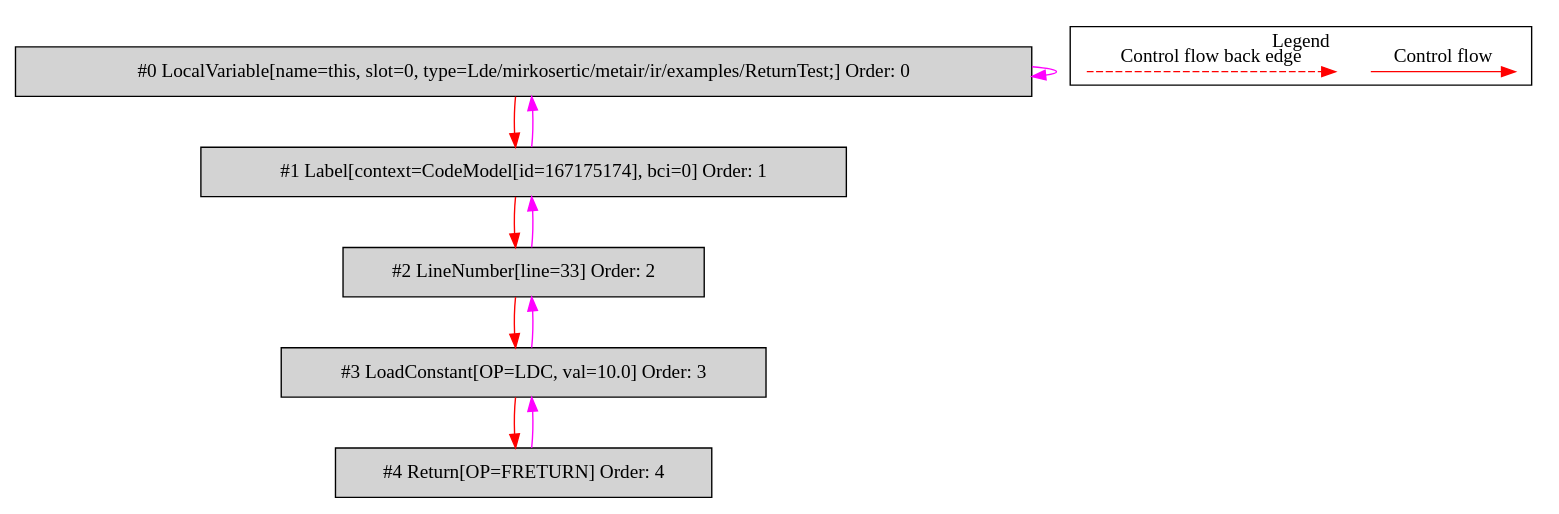
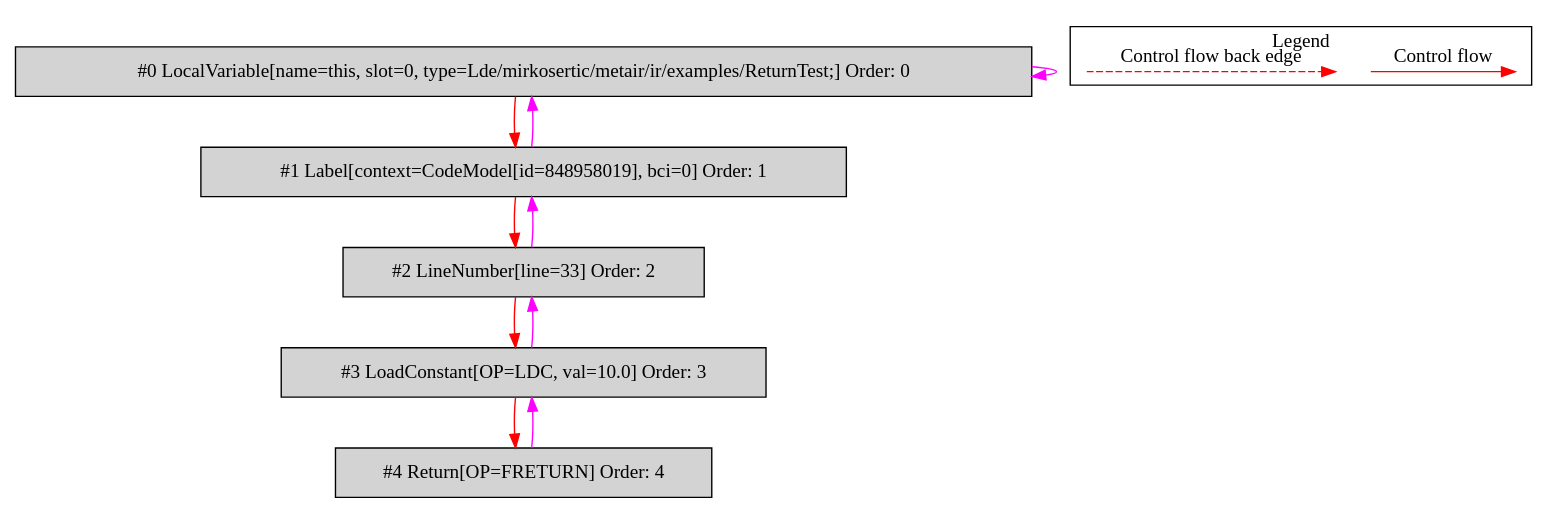
Before and after one commit to mirkosertic/MetaIR: the diagram in de.mirkosertic.metair.ir.examples.ReturnTest/returnFloat/bytecodecfg.dot, drawn with Graphviz. The commit also changed 1499 other files, not shown here.

```diff
--- a/de.mirkosertic.metair.ir.examples.ReturnTest/returnFloat/bytecodecfg.dot
+++ b/de.mirkosertic.metair.ir.examples.ReturnTest/returnFloat/bytecodecfg.dot
@@ -1,31 +1,31 @@
 digraph {
  ordering="in";
  node0[label="#0 LocalVariable[name=this, slot=0, type=Lde/mirkosertic/metair/ir/examples/ReturnTest;] Order: 0", shape=box, fillcolor=lightgrey, style=filled];
- node1[label="#1 Label[context=CodeModel[id=167175174], bci=0] Order: 1", shape=box, fillcolor=lightgrey, style=filled];
+ node1[label="#1 Label[context=CodeModel[id=848958019], bci=0] Order: 1", shape=box, fillcolor=lightgrey, style=filled];
  node2[label="#2 LineNumber[line=33] Order: 2", shape=box, fillcolor=lightgrey, style=filled];
  node3[label="#3 LoadConstant[OP=LDC, val=10.0] Order: 3", shape=box, fillcolor=lightgrey, style=filled];
  node4[label="#4 Return[OP=FRETURN] Order: 4", shape=box, fillcolor=lightgrey, style=filled];
  node0 -> node0[color=fuchsia];
  node0 -> node1[color=red];
  node1 -> node0[color=fuchsia];
  node1 -> node2[color=red];
  node2 -> node1[color=fuchsia];
  node2 -> node3[color=red];
  node3 -> node2[color=fuchsia];
  node3 -> node4[color=red];
  node4 -> node3[color=fuchsia];
  subgraph cluster_000 {
   label = "Legend";
   node [shape=point]
   {
    rank=same;
    c0 [style = invis];
    c1 [style = invis];
    c2 [style = invis];
    c3 [style = invis];
   }
   c0 -> c1 [label="Control flow", style=solid, color=red]
   c2 -> c3 [label="Control flow back edge", style=dashed, color=red]
  }
 
 }
```
